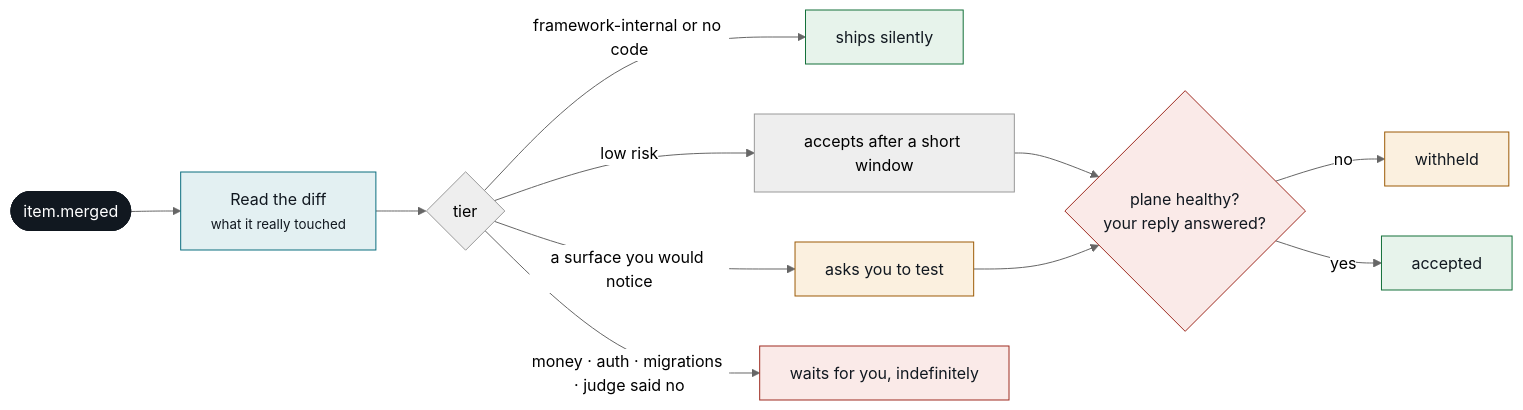
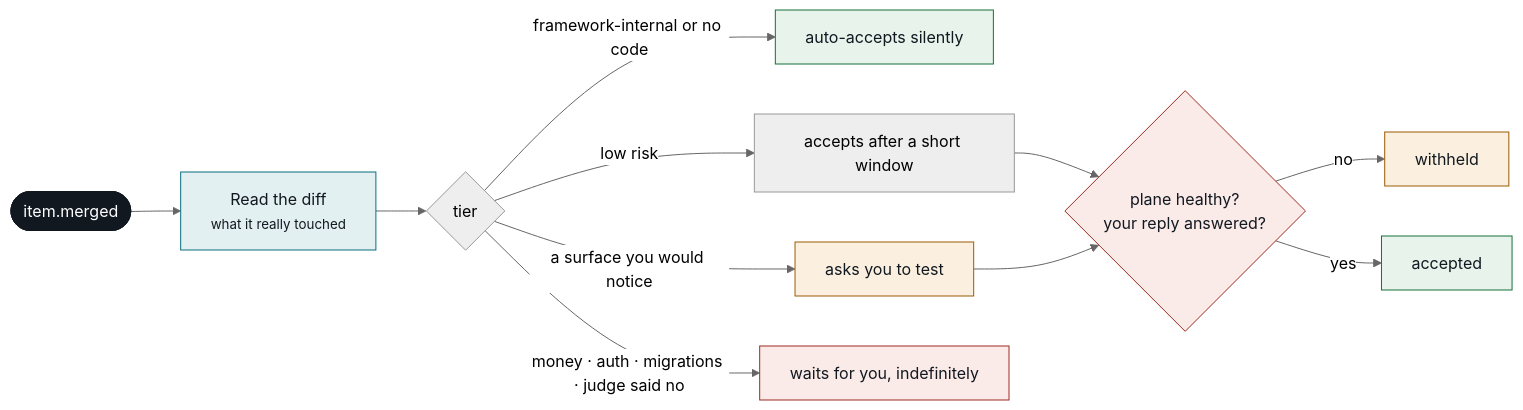
One commit to MrChikns/loopkit changed the ninth of 11 diagrams in docs/plane-flows.md. Above: the diagram before and after it, drawn with Mermaid (neutral theme). The commit also changed other lines of this file and 21 other files, not shown here.

````diff
--- a/docs/plane-flows.md
+++ b/docs/plane-flows.md
@@ -485,24 +497,24 @@
 ```mermaid
 flowchart LR
   M(["item.merged"]) --> READ["Read the diff<br/><small>what it really touched</small>"]
   READ --> T{"tier"}
-  T -->|framework-internal or no code| A1["ships silently"]
+  T -->|framework-internal or no code| A1["auto-accepts silently"]
   T -->|low risk| A2["accepts after a short window"]
   T -->|a surface you would notice| A3["asks you to test"]
   T -->|money · auth · migrations · judge said no| A4["waits for you, indefinitely"]
   A2 --> GATE{"plane healthy?<br/>your reply answered?"}
   A3 --> GATE
   GATE -->|no| HOLD["withheld"]
   GATE -->|yes| OK["accepted"]
 
   classDef term fill:#111820,stroke:#111820,color:#ffffff
   classDef step fill:#E3F0F2,stroke:#0B6E7F,color:#111820
   classDef pass fill:#E7F3EB,stroke:#14713A,color:#111820
   classDef hold fill:#FBF0DF,stroke:#9C5A06,color:#111820
   classDef stop fill:#FAEAE8,stroke:#9E2B20,color:#111820
   class M term
   class READ step
   class A1,OK pass
   class A3,HOLD hold
   class A4,GATE stop
 ```
````
